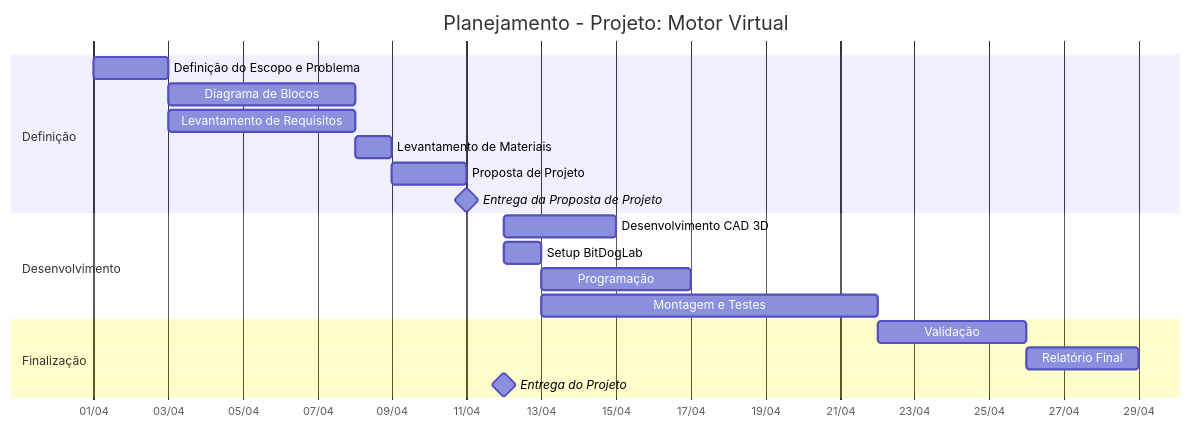
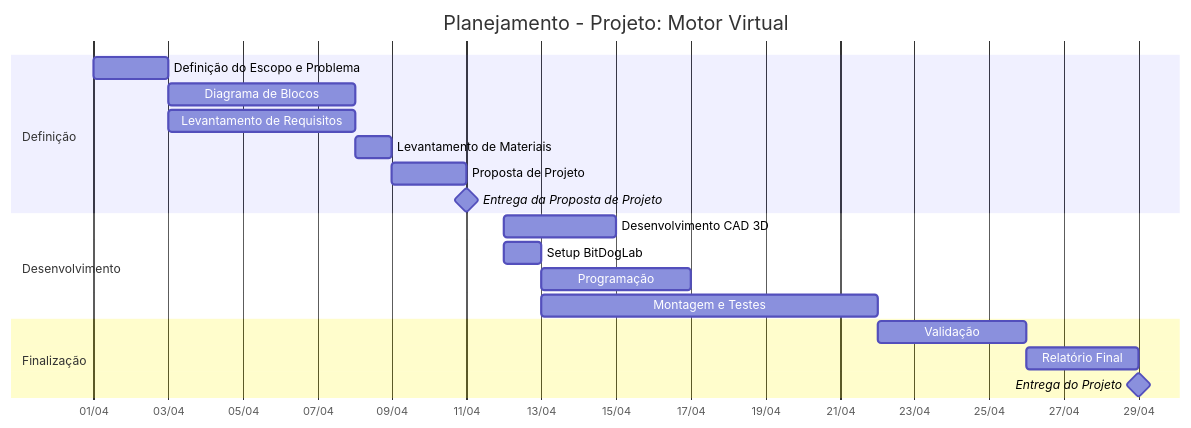
One commit to r223908/pj2_ea801_r223908_a213293 changed the diagram in docs/mermaid_files/gantt_v1.mmd. Above: the diagram before and after it, drawn with Mermaid.

Commit message:
att gantt_v1.mmd para voltar ao que estava antes

```diff
--- a/docs/mermaid_files/gantt_v1.mmd
+++ b/docs/mermaid_files/gantt_v1.mmd
@@ -1,24 +1,24 @@
 gantt
     title Planejamento - Projeto: Motor Virtual
     dateFormat  DD-MM-YYYY
     axisFormat  %d/%m
     todayMarker off
     
     section Definição
     Definição do Escopo e Problema           :a1, 01-04-2026, 2d
     Diagrama de Blocos                       :a2, after a1, 5d
     Levantamento de Requisitos               :a3, after a1, 5d
     Levantamento de Materiais                :a4, after a3, 1d
     Proposta de Projeto                      :a5, after a4, 11-04-2026
     Entrega da Proposta de Projeto           :milestone, after a5, 0d
 
     section Desenvolvimento
     Desenvolvimento CAD 3D                   :b1, after milestone, 3d
     Setup BitDogLab                          :b2, after milestone, 1d
     Programação                              :b3, after b2, 4d
     Montagem e Testes                        :b4, after b2, 9d
 
     section Finalização
     Validação                                :c1, after b4, 4d
     Relatório Final                          :c2, after c1, 29-04-2026
-    Entrega do Projeto                       :milestone, after c3, 0d
+    Entrega do Projeto                       :milestone, after c2, 0d
```
